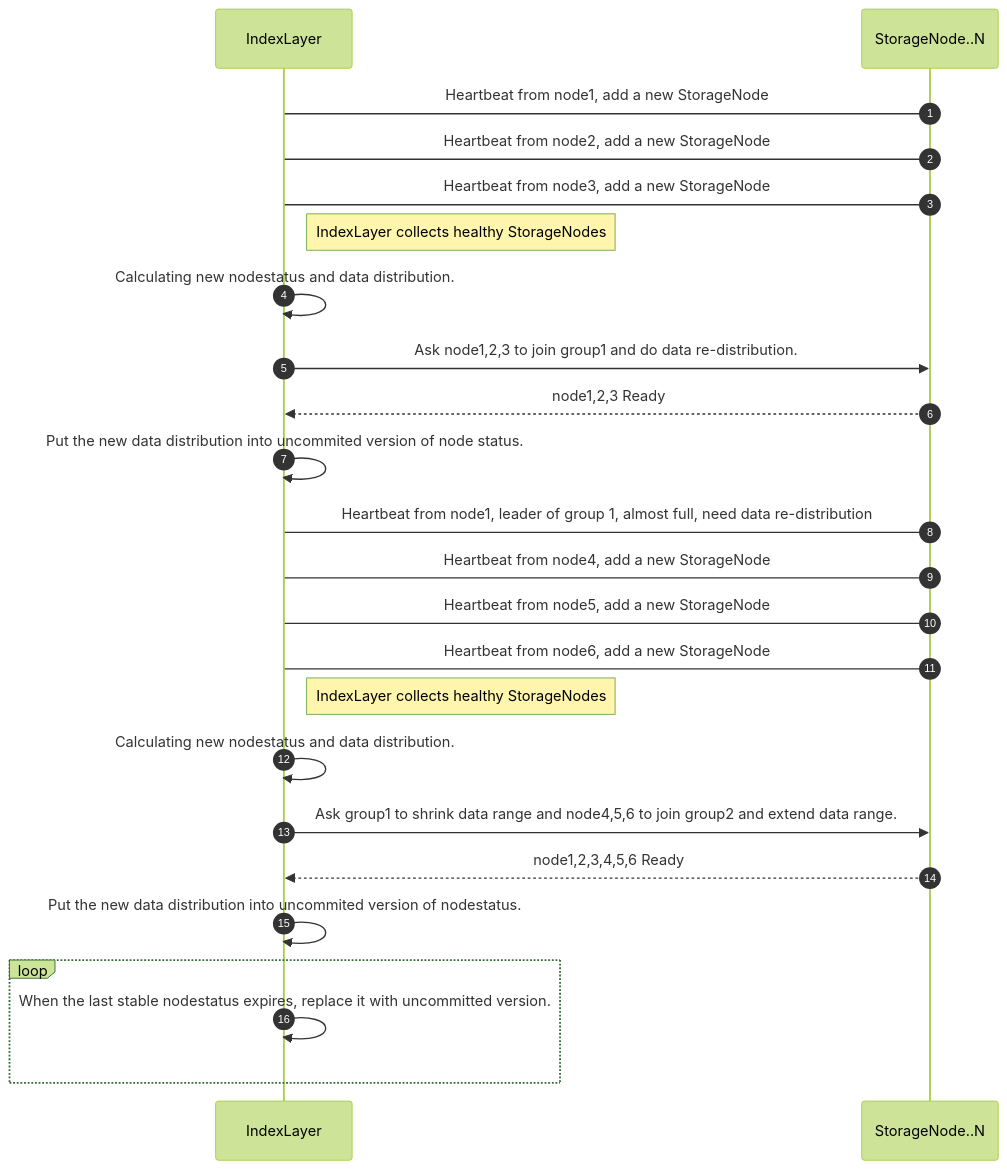
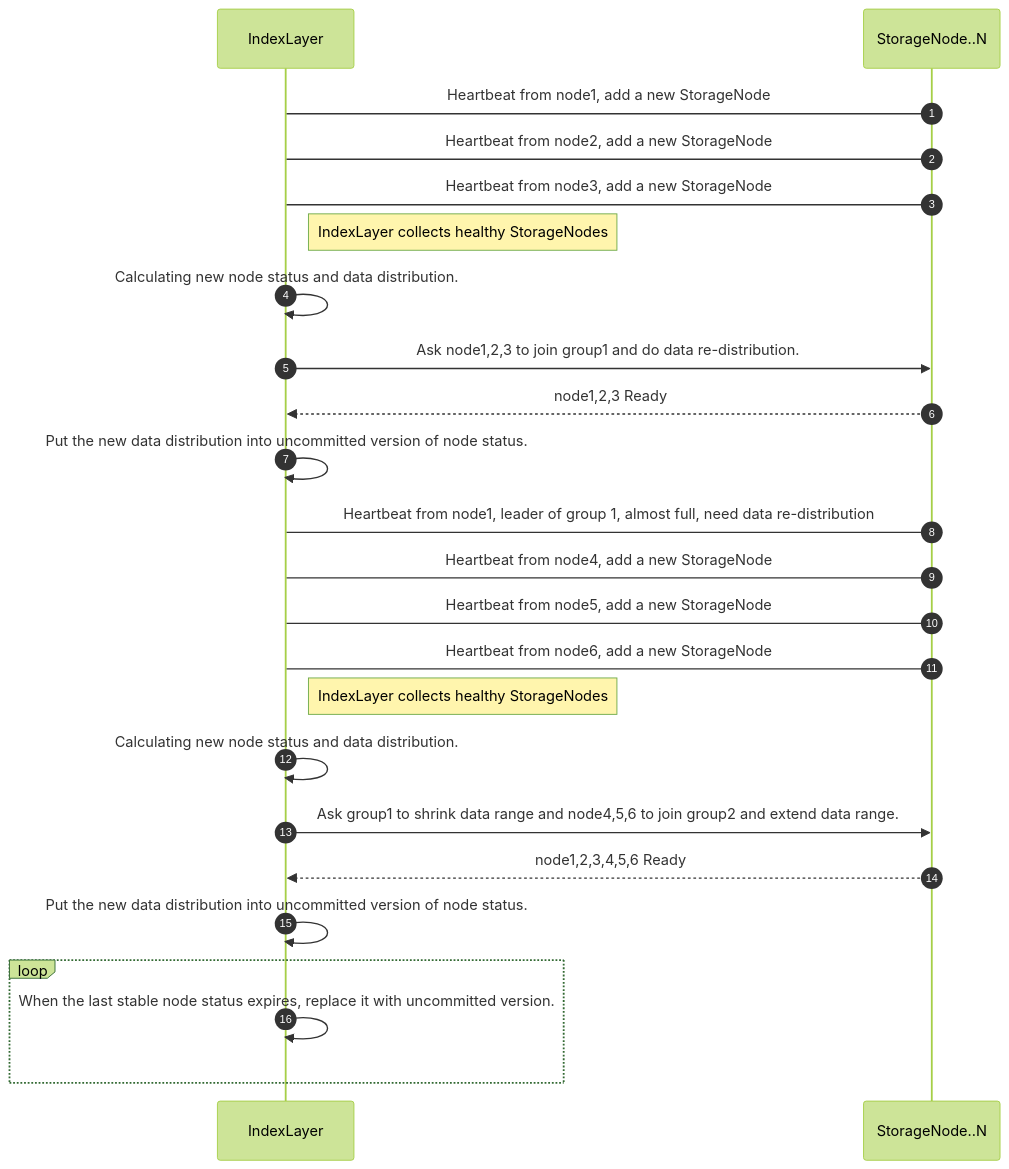
The third of 3 diagrams in README.md (emon100/HADSS), drawn with Mermaid (forest theme) before and after one commit. The commit also changed other lines of this file and 4 other files, not shown here.

````diff
--- a/README.md
+++ b/README.md
@@ -108,31 +109,31 @@
 ```mermaid
 sequenceDiagram
     autonumber
     participant IndexLayer
     participant StorageNode..N 
     
     StorageNode..N->IndexLayer: Heartbeat from node1, add a new StorageNode
     StorageNode..N->IndexLayer: Heartbeat from node2, add a new StorageNode
     StorageNode..N->IndexLayer: Heartbeat from node3, add a new StorageNode
     
     Note right of IndexLayer: IndexLayer collects healthy StorageNodes
-    IndexLayer->>IndexLayer: Calculating new nodestatus and data distribution.
+    IndexLayer->>IndexLayer: Calculating new node status and data distribution.
     IndexLayer->>StorageNode..N: Ask node1,2,3 to join group1 and do data re-distribution.
     StorageNode..N-->>IndexLayer: node1,2,3 Ready
-    IndexLayer->>IndexLayer: Put the new data distribution into uncommited version of node status.
+    IndexLayer->>IndexLayer: Put the new data distribution into uncommitted version of node status.
     
     StorageNode..N->IndexLayer: Heartbeat from node1, leader of group 1, almost full, need data re-distribution
     StorageNode..N->IndexLayer: Heartbeat from node4, add a new StorageNode
     StorageNode..N->IndexLayer: Heartbeat from node5, add a new StorageNode
     StorageNode..N->IndexLayer: Heartbeat from node6, add a new StorageNode
     
     Note right of IndexLayer: IndexLayer collects healthy StorageNodes
-    IndexLayer->>IndexLayer: Calculating new nodestatus and data distribution.
+    IndexLayer->>IndexLayer: Calculating new node status and data distribution.
     IndexLayer->>StorageNode..N: Ask group1 to shrink data range and node4,5,6 to join group2 and extend data range.
     StorageNode..N-->>IndexLayer: node1,2,3,4,5,6 Ready
-    IndexLayer->>IndexLayer: Put the new data distribution into uncommited version of nodestatus.
+    IndexLayer->>IndexLayer: Put the new data distribution into uncommitted version of node status.
     
     loop
-        IndexLayer->>IndexLayer: When the last stable nodestatus expires, replace it with uncommitted version.
+        IndexLayer->>IndexLayer: When the last stable node status expires, replace it with uncommitted version.
     end
 ```
````
